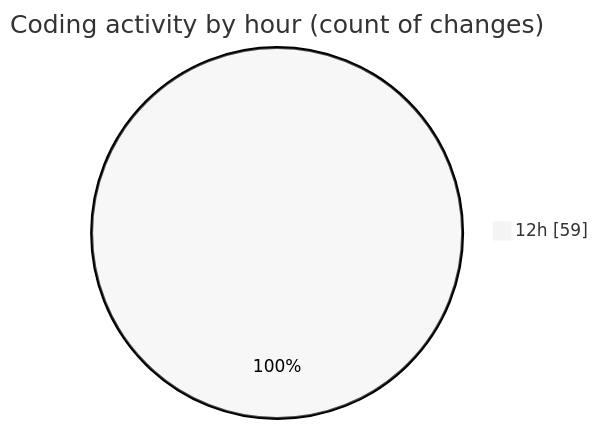
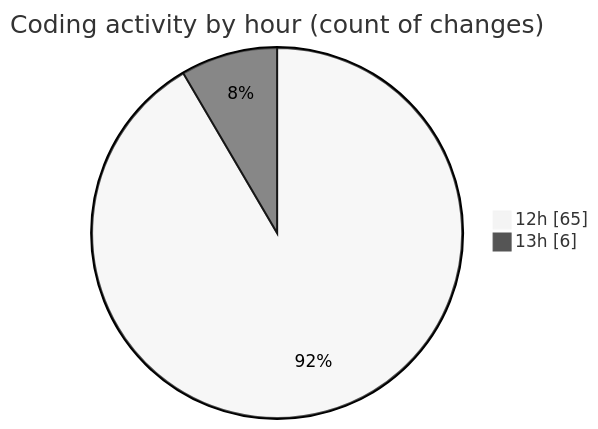
The second of 2 diagrams in 2025-07-19/eduwallet-main/README.md (lephambinh05/code-tracking), drawn with Mermaid (neutral theme) before and after one commit. The commit also changed other lines of this file and 1 other file, not shown here.

````diff
--- a/2025-07-19/eduwallet-main/README.md
+++ b/2025-07-19/eduwallet-main/README.md
@@ -62,5 +66,6 @@
 ```mermaid
 pie showData
 title Coding activity by hour (count of changes)
-"12h" : 59
+"12h" : 65
+"13h" : 6
 ```
````
